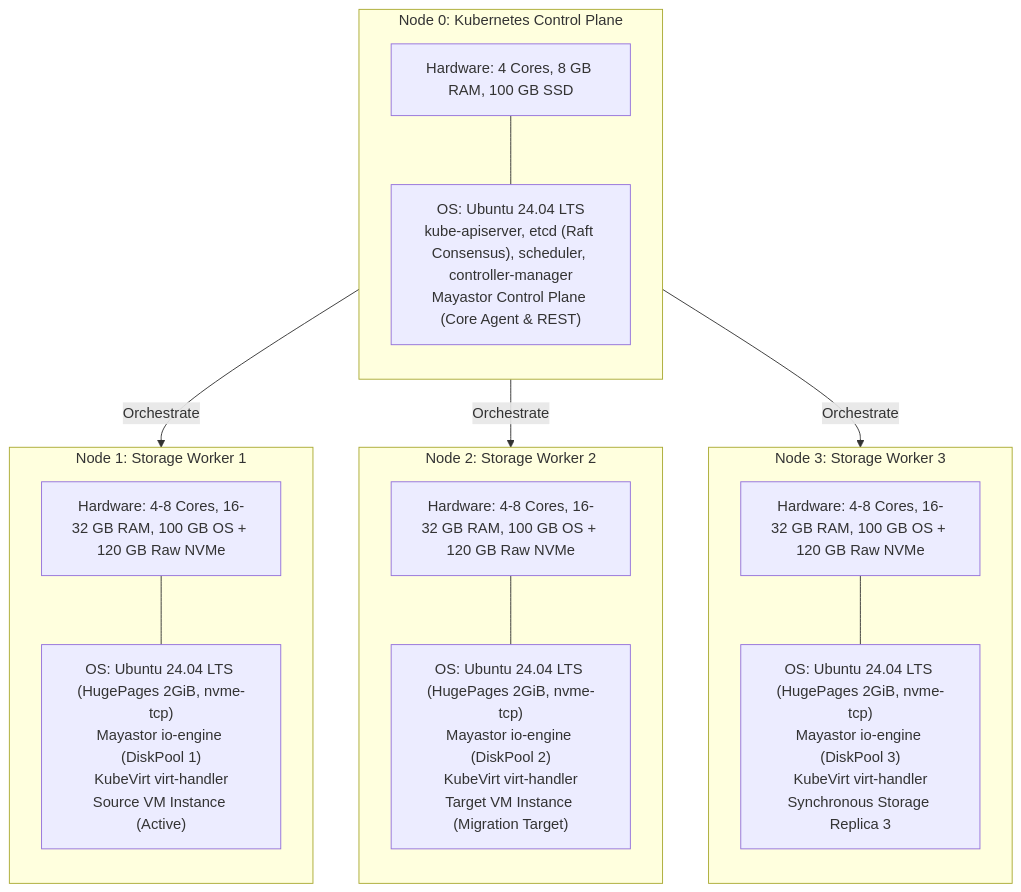
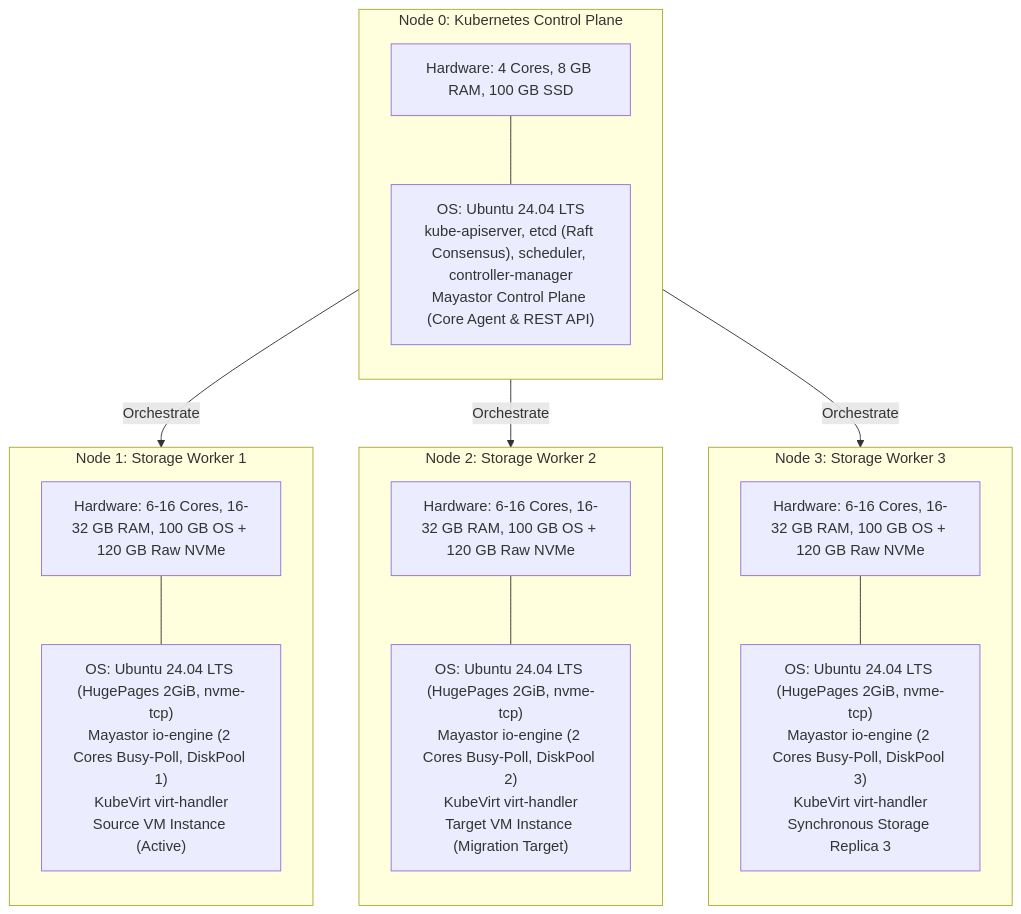
One commit to Swapnil220705/k8s-high-performance-storage changed the diagram in docs/final-deployment-proposal.md. Above: the diagram before and after it, drawn with Mermaid. The commit also changed other lines of this file and 5 other files, not shown here.

Commit message:
docs: align architecture proposal and decisions with chunk 1.9 audit

````diff
--- a/docs/final-deployment-proposal.md
+++ b/docs/final-deployment-proposal.md
@@ -38,34 +38,34 @@
 ```mermaid
 flowchart TD
     subgraph Master["Node 0: Kubernetes Control Plane"]
         direction TB
         CP_HW["Hardware: 4 Cores, 8 GB RAM, 100 GB SSD"]
-        CP_SW["OS: Ubuntu 24.04 LTS<br/>kube-apiserver, etcd (Raft Consensus), scheduler, controller-manager<br/>Mayastor Control Plane (Core Agent & REST)"]
+        CP_SW["OS: Ubuntu 24.04 LTS<br/>kube-apiserver, etcd (Raft Consensus), scheduler, controller-manager<br/>Mayastor Control Plane (Core Agent & REST API)"]
         CP_HW --- CP_SW
     end
 
     subgraph W1["Node 1: Storage Worker 1"]
         direction TB
-        W1_HW["Hardware: 4-8 Cores, 16-32 GB RAM, 100 GB OS + 120 GB Raw NVMe"]
-        W1_SW["OS: Ubuntu 24.04 LTS (HugePages 2GiB, nvme-tcp)<br/>Mayastor io-engine (DiskPool 1)<br/>KubeVirt virt-handler<br/>Source VM Instance (Active)"]
+        W1_HW["Hardware: 6-16 Cores, 16-32 GB RAM, 100 GB OS + 120 GB Raw NVMe"]
+        W1_SW["OS: Ubuntu 24.04 LTS (HugePages 2GiB, nvme-tcp)<br/>Mayastor io-engine (2 Cores Busy-Poll, DiskPool 1)<br/>KubeVirt virt-handler<br/>Source VM Instance (Active)"]
         W1_HW --- W1_SW
     end
 
     subgraph W2["Node 2: Storage Worker 2"]
         direction TB
-        W2_HW["Hardware: 4-8 Cores, 16-32 GB RAM, 100 GB OS + 120 GB Raw NVMe"]
-        W2_SW["OS: Ubuntu 24.04 LTS (HugePages 2GiB, nvme-tcp)<br/>Mayastor io-engine (DiskPool 2)<br/>KubeVirt virt-handler<br/>Target VM Instance (Migration Target)"]
+        W2_HW["Hardware: 6-16 Cores, 16-32 GB RAM, 100 GB OS + 120 GB Raw NVMe"]
+        W2_SW["OS: Ubuntu 24.04 LTS (HugePages 2GiB, nvme-tcp)<br/>Mayastor io-engine (2 Cores Busy-Poll, DiskPool 2)<br/>KubeVirt virt-handler<br/>Target VM Instance (Migration Target)"]
         W2_HW --- W2_SW
     end
 
     subgraph W3["Node 3: Storage Worker 3"]
         direction TB
-        W3_HW["Hardware: 4-8 Cores, 16-32 GB RAM, 100 GB OS + 120 GB Raw NVMe"]
-        W3_SW["OS: Ubuntu 24.04 LTS (HugePages 2GiB, nvme-tcp)<br/>Mayastor io-engine (DiskPool 3)<br/>KubeVirt virt-handler<br/>Synchronous Storage Replica 3"]
+        W3_HW["Hardware: 6-16 Cores, 16-32 GB RAM, 100 GB OS + 120 GB Raw NVMe"]
+        W3_SW["OS: Ubuntu 24.04 LTS (HugePages 2GiB, nvme-tcp)<br/>Mayastor io-engine (2 Cores Busy-Poll, DiskPool 3)<br/>KubeVirt virt-handler<br/>Synchronous Storage Replica 3"]
         W3_HW --- W3_SW
     end
 
     Master -->|Orchestrate| W1
     Master -->|Orchestrate| W2
     Master -->|Orchestrate| W3
 ```
````
